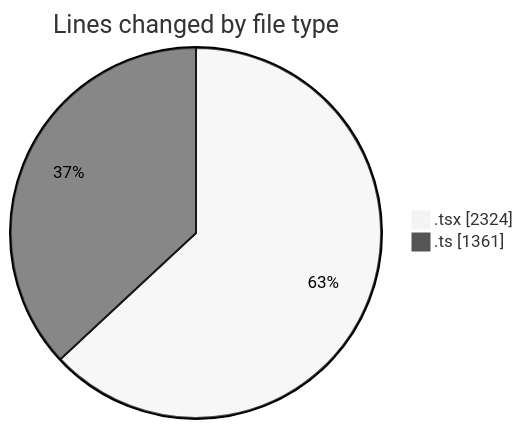
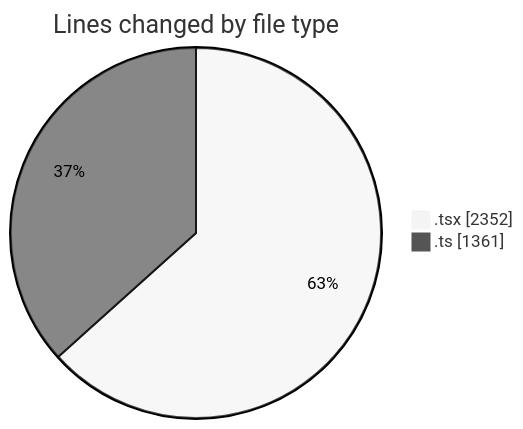
Before and after one commit to nxtqubesakshisongat/code-tracking: the first of 2 diagrams in 2026-03-06/nxtqube_webapp/README.md, drawn with Mermaid (neutral theme). The commit also changed other lines of this file and 1 other file, not shown here.

````diff
--- a/2026-03-06/nxtqube_webapp/README.md
+++ b/2026-03-06/nxtqube_webapp/README.md
@@ -29,6 +29,6 @@
 ```mermaid
 pie showData
 title Lines changed by file type
-".tsx" : 2324
+".tsx" : 2352
 ".ts" : 1361
 ```
````
